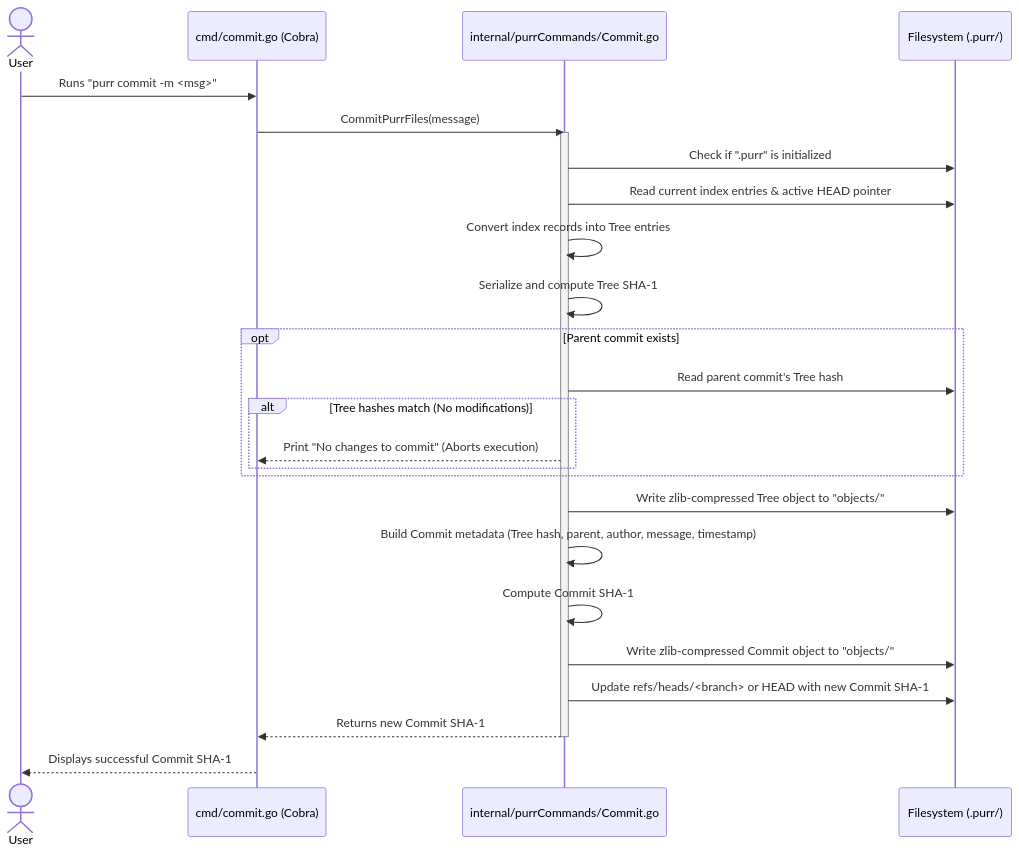
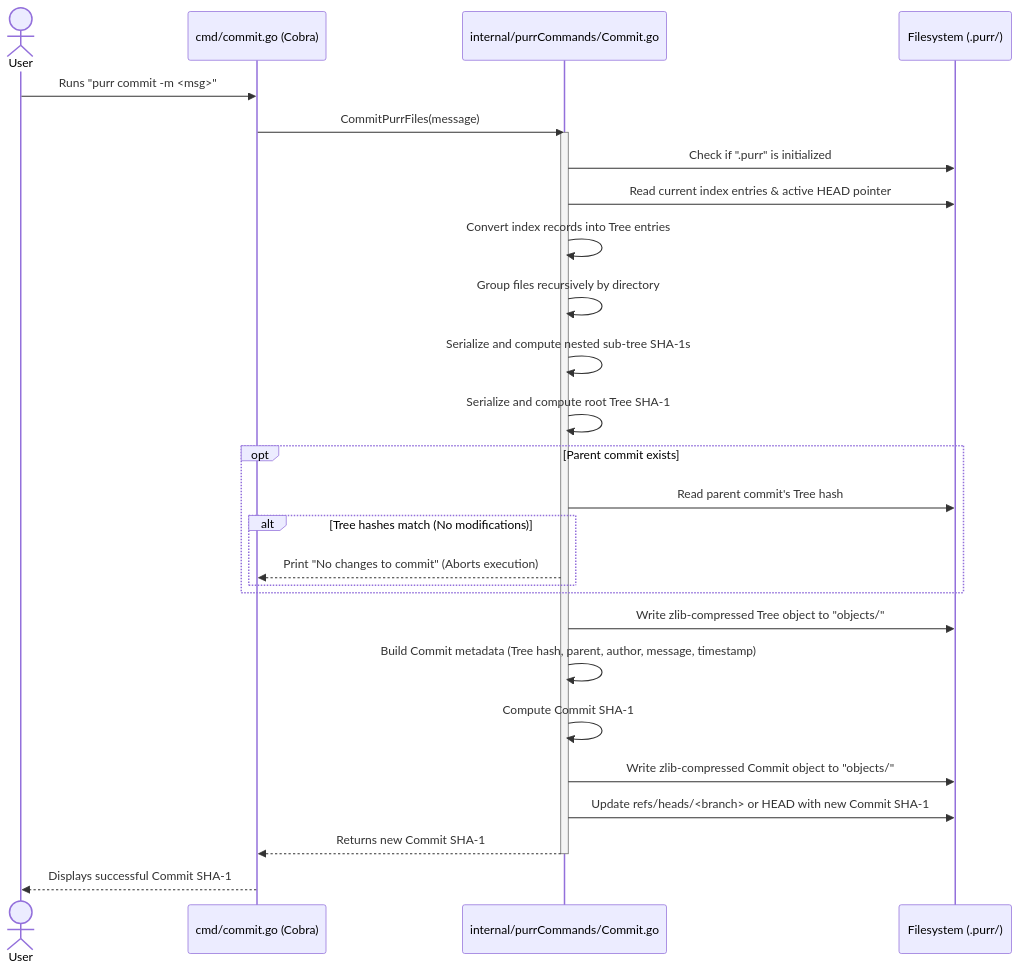
Before and after one commit to TheRealShek/persephone: the sixth of 6 diagrams in Docs/ARCHITECTURE.md, drawn with Mermaid. The commit also changed other lines of this file and 6 other files, not shown here.

Commit message:
feat: implement recursive tree building for nested directories and add deletion tracking support to staging logic with extensive test coverage.

````diff
--- a/Docs/ARCHITECTURE.md
+++ b/Docs/ARCHITECTURE.md
@@ -398,36 +399,38 @@
 ```mermaid
 sequenceDiagram
     actor User
     participant CLI as cmd/commit.go (Cobra)
     participant Core as internal/purrCommands/Commit.go
     participant OS as Filesystem (.purr/)
 
     User->>CLI: Runs "purr commit -m <msg>"
     CLI->>Core: CommitPurrFiles(message)
 
     activate Core
     Core->>OS: Check if ".purr" is initialized
     Core->>OS: Read current index entries & active HEAD pointer
 
     Core->>Core: Convert index records into Tree entries
-    Core->>Core: Serialize and compute Tree SHA-1
+    Core->>Core: Group files recursively by directory
+    Core->>Core: Serialize and compute nested sub-tree SHA-1s
+    Core->>Core: Serialize and compute root Tree SHA-1
 
     opt Parent commit exists
         Core->>OS: Read parent commit's Tree hash
         alt Tree hashes match (No modifications)
             Core-->>CLI: Print "No changes to commit" (Aborts execution)
         end
     end
 
     Core->>OS: Write zlib-compressed Tree object to "objects/"
 
     Core->>Core: Build Commit metadata (Tree hash, parent, author, message, timestamp)
     Core->>Core: Compute Commit SHA-1
     Core->>OS: Write zlib-compressed Commit object to "objects/"
 
     Core->>OS: Update refs/heads/<branch> or HEAD with new Commit SHA-1
 
     Core-->>CLI: Returns new Commit SHA-1
     deactivate Core
     CLI-->>User: Displays successful Commit SHA-1
 ```
````
